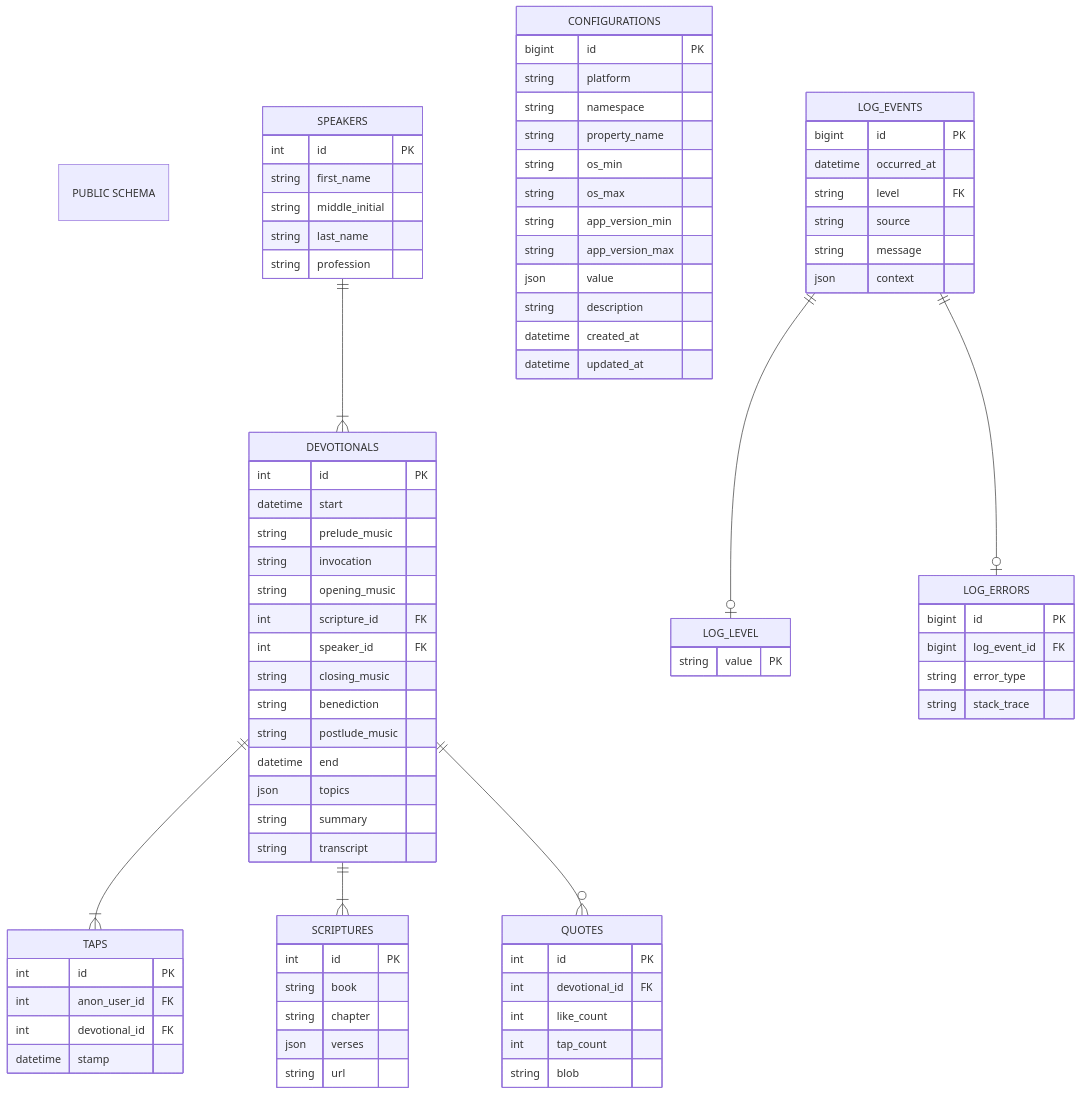
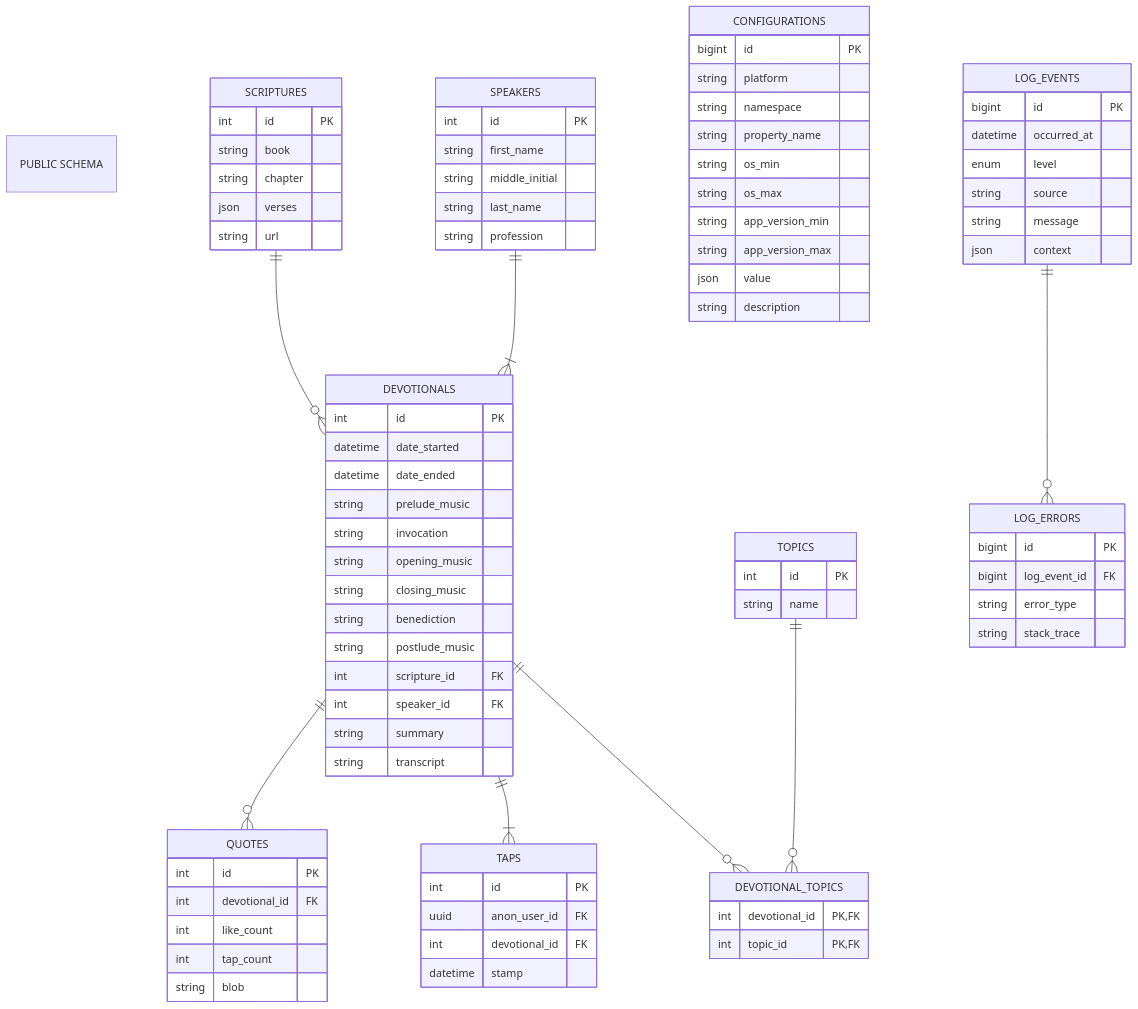
The diagram in supabase/README.md (astro-bytes/TheDevoApp), drawn with Mermaid before and after one commit. The commit also changed 5 other files, not shown here.

First line of the commit message:
SQL Public Schema & Database Test Data Seeding (#3)

````diff
--- a/supabase/README.md
+++ b/supabase/README.md
@@ -1,20 +1,12 @@
 ```mermaid
 erDiagram "PUBLIC SCHEMA"
-    DEVOTIONALS {
+
+    SPEAKERS {
         int id PK
-        datetime start
-        string prelude_music
-        string invocation
-        string opening_music
-        int scripture_id FK
-        int speaker_id FK
-        string closing_music
-        string benediction
-        string postlude_music
-        datetime end
-        json topics
-        string summary
-        string transcript
+        string first_name
+        string middle_initial
+        string last_name
+        string profession
     }
 
     SCRIPTURES {
@@ -25,17 +17,35 @@
         string url
     }
 
-    SPEAKERS {
+    DEVOTIONALS {
         int id PK
-        string first_name
-        string middle_initial
-        string last_name
-        string profession
+        datetime date_started
+        datetime date_ended
+        string prelude_music
+        string invocation
+        string opening_music
+        string closing_music
+        string benediction
+        string postlude_music
+        int scripture_id FK
+        int speaker_id FK
+        string summary
+        string transcript
+    }
+
+    TOPICS {
+        int id PK
+        string name
+    }
+
+    DEVOTIONAL_TOPICS {
+        int devotional_id PK, FK
+        int topic_id PK, FK
     }
 
     TAPS {
         int id PK
-        int anon_user_id FK
+        uuid anon_user_id FK
         int devotional_id FK
         datetime stamp
     }
@@ -59,42 +69,36 @@
         string app_version_max
         json value
         string description
-        datetime created_at
-        datetime updated_at
     }
 
     LOG_EVENTS {
         bigint id PK
         datetime occurred_at
-        string level FK
-        %% os.namespace.property (i.e: ios.auth.logoff)
+        enum level
         string source
         string message
         json context
     }
 
-    %% enum
-    %% debug	Diagnostic info for developers
-    %% info 	Normal application events
-    %% warn	    Unexpected but recoverable
-    %% error	Failure of an operation
-    %% fatal	App cannot continue
-    LOG_LEVEL { 
-        string value PK
-    }
-
     LOG_ERRORS {
         bigint id PK
         bigint log_event_id FK
-        %% i.e AuthenticationError
         string error_type
         string stack_trace
     }
 
-    LOG_EVENTS ||--o| LOG_LEVEL : ""
-    LOG_EVENTS ||--o| LOG_ERRORS : ""
+    %% =====================
+    %% RELATIONSHIPS
+    %% =====================
+
     SPEAKERS ||--|{ DEVOTIONALS : ""
+    SCRIPTURES ||--o{ DEVOTIONALS : ""
+
+    DEVOTIONALS ||--o{ DEVOTIONAL_TOPICS : ""
+    TOPICS ||--o{ DEVOTIONAL_TOPICS : ""
+
     DEVOTIONALS ||--|{ TAPS : ""
-    DEVOTIONALS ||--|{ SCRIPTURES : ""
     DEVOTIONALS ||--o{ QUOTES : ""
+
+    LOG_EVENTS ||--o{ LOG_ERRORS : ""
 ```
````
